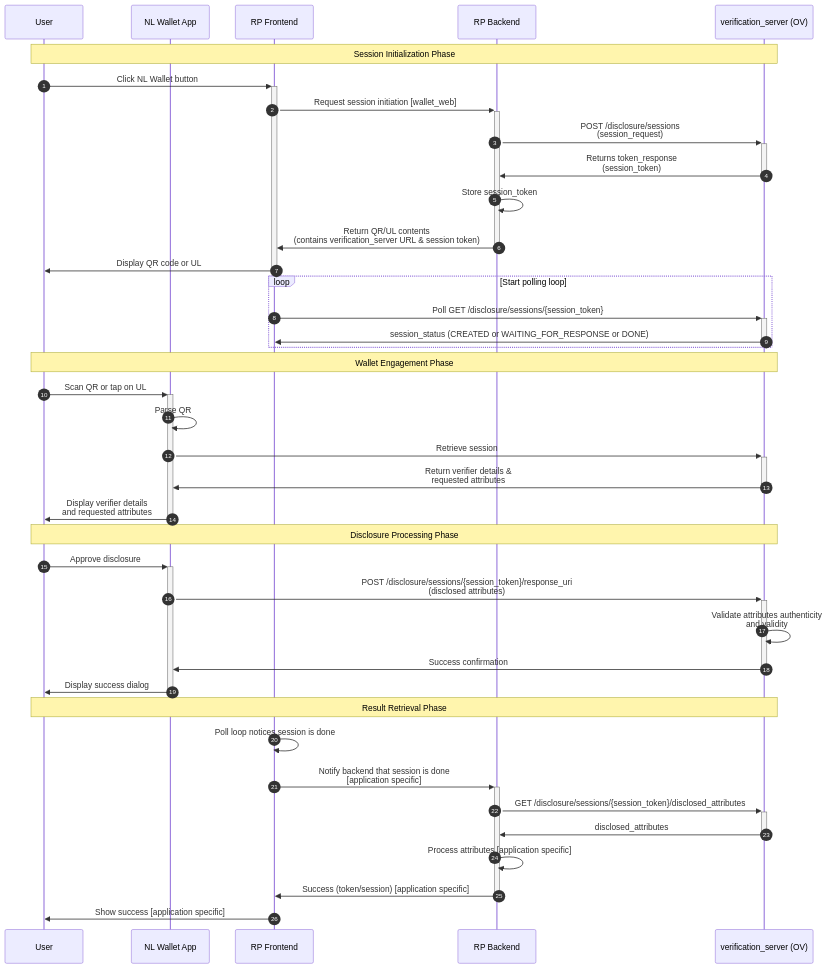
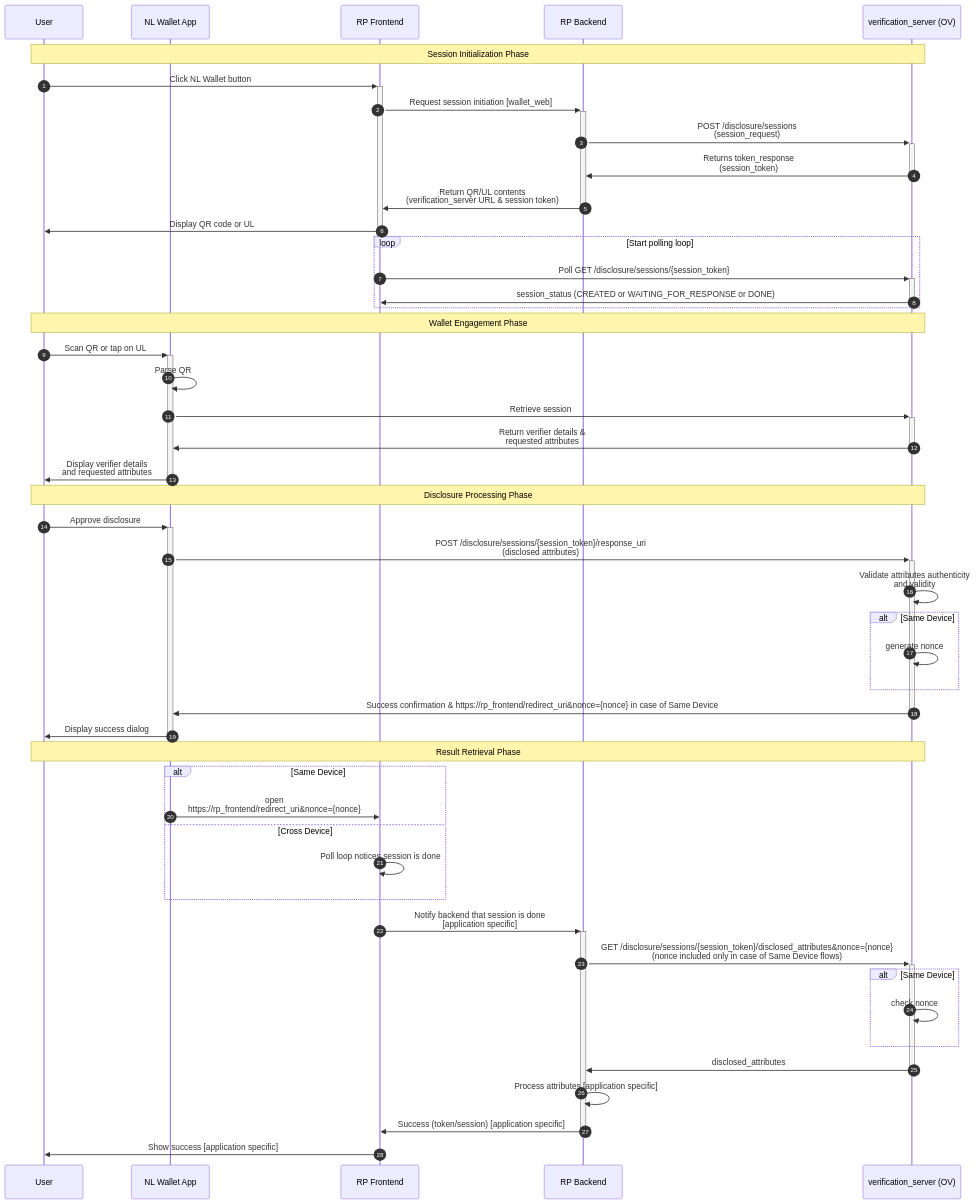
Before and after one commit to sietseringers/nl-wallet-bash-demo: the diagram in disclosure-session.md, drawn with Mermaid.

Commit message:
Include nonce and same/cross device details

````diff
--- a/disclosure-session.md
+++ b/disclosure-session.md
@@ -3,46 +3,56 @@
 ```mermaid
 sequenceDiagram
     autonumber
     participant user as User
     participant wallet_app as NL Wallet App
     participant rp_frontend as RP Frontend
     participant rp_backend as RP Backend
     participant vs as verification_server (OV)
 
     
     Note over user,vs: Session Initialization Phase
     user->>+rp_frontend: Click NL Wallet button
     rp_frontend->>+rp_backend: Request session initiation [wallet_web]
     rp_backend->>+vs: POST /disclosure/sessions<br/>(session_request)
     vs->>-rp_backend: Returns token_response<br/>(session_token)
-    rp_backend->>rp_backend: Store session_token
-    rp_backend->>-rp_frontend: Return QR/UL contents <br>(contains verification_server URL & session token)
+    rp_backend->>-rp_frontend: Return QR/UL contents <br>(verification_server URL & session token)
     rp_frontend->>-user: Display QR code or UL
     loop Start polling loop
         rp_frontend->>+vs: Poll GET /disclosure/sessions/{session_token}
         vs->>-rp_frontend: session_status (CREATED or WAITING_FOR_RESPONSE or DONE)
     end
     
     Note over user,vs: Wallet Engagement Phase
     user->>+wallet_app: Scan QR or tap on UL
     wallet_app->>wallet_app: Parse QR
     wallet_app->>+vs: Retrieve session
     vs->>-wallet_app: Return verifier details &<br/>requested attributes
     wallet_app->>-user: Display verifier details<br/>and requested attributes
     
     Note over user,vs: Disclosure Processing Phase
     user->>+wallet_app: Approve disclosure
     wallet_app->>+vs: POST /disclosure/sessions/{session_token}/response_uri<br/>(disclosed attributes)
     vs->>vs: Validate attributes authenticity<br/>and validity
-    vs->>-wallet_app: Success confirmation
+    alt Same Device
+        vs->>vs: generate nonce
+    end
+    vs->>-wallet_app: Success confirmation & https://rp_frontend/redirect_uri&nonce={nonce} in case of Same Device
     wallet_app->>-user: Display success dialog
     
     Note over user,vs: Result Retrieval Phase
-    rp_frontend->>rp_frontend: Poll loop notices session is done
+    alt Same Device
+        wallet_app->>rp_frontend: open<br>https://rp_frontend/redirect_uri&nonce={nonce}
+    else Cross Device
+        rp_frontend->>rp_frontend: Poll loop notices session is done
+    end
+    
     rp_frontend->>+rp_backend: Notify backend that session is done<br>[application specific]
-    rp_backend->>+vs: GET /disclosure/sessions/{session_token}/disclosed_attributes
+    rp_backend->>+vs: GET /disclosure/sessions/{session_token}/disclosed_attributes&nonce={nonce}<br>(nonce included only in case of Same Device flows)
+    alt Same Device
+        vs->>vs: check nonce
+    end
     vs->>-rp_backend: disclosed_attributes
     rp_backend->>rp_backend: Process attributes [application specific]
     rp_backend->>-rp_frontend: Success (token/session) [application specific]
     rp_frontend->>user: Show success [application specific]
 ```
````
